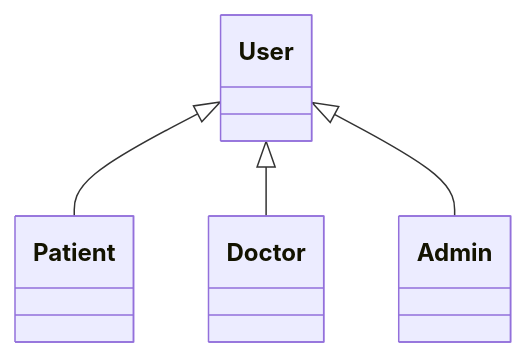
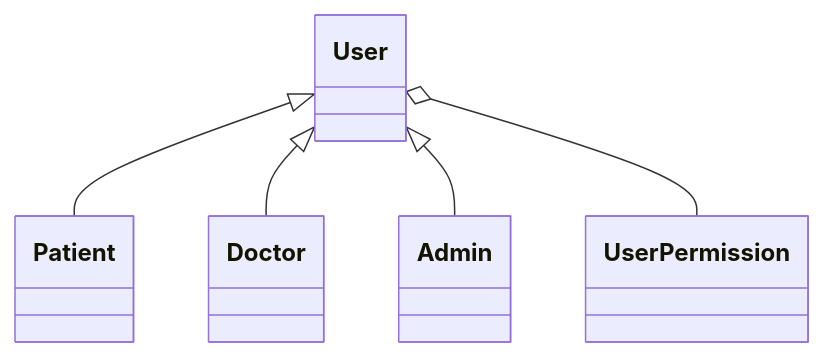
One commit to itvkist/infectious-disease changed the second of 7 diagrams in BE_README.md. Above: the diagram before and after it, drawn with Mermaid. The commit also changed other lines of this file, not shown here.

````diff
--- a/BE_README.md
+++ b/BE_README.md
@@ -9,6 +9,7 @@
 ```mermaid
 classDiagram
 User <|-- Patient
 User <|-- Doctor
 User <|-- Admin
+User o-- UserPermission
 ```
````
